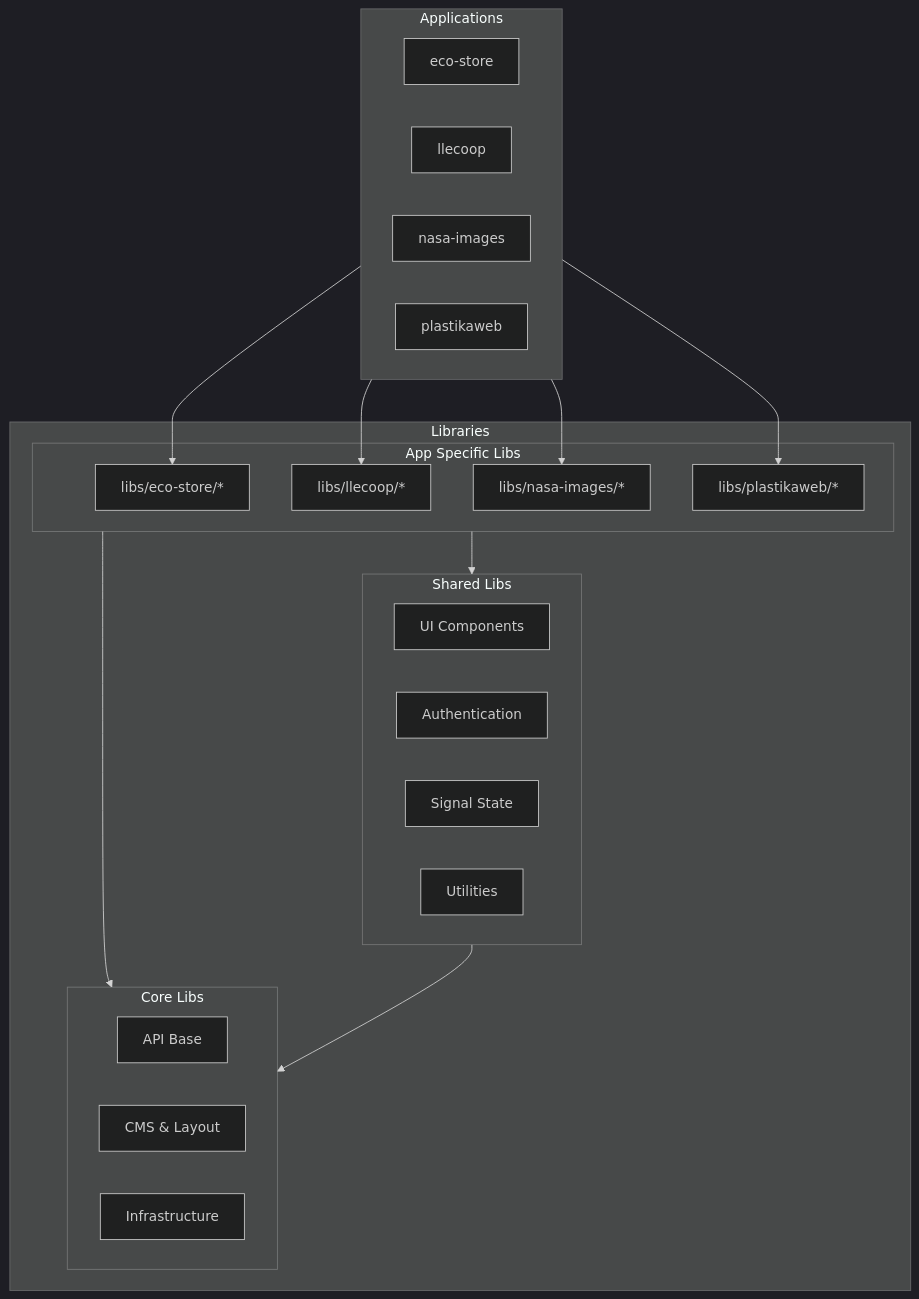
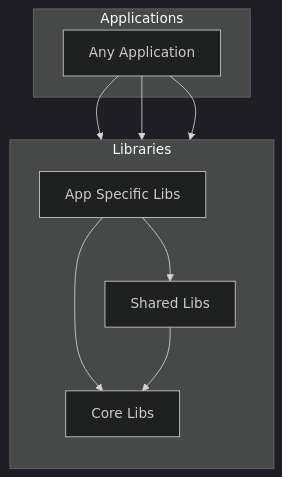
Before and after one commit to plastikaweb/plastikspace: the diagram in README.md, drawn with Mermaid (dark theme). The commit also changed other lines of this file, not shown here.

Commit message:
feat(eco-store): #868 enhance login page with tenant branding and scroll management
Refactor EcoStoreLayoutService to entities library and implement 'bodyScrollable' route data.
Improve login page UI to display tenant logo, name and slogan.
Move getEnvironment helper to core environments library.
Update translations and styles for better UX.
Fix unit tests using shared tenant store mock.
Update README with generic library diagram and restored core references.

ISSUES CLOSED: #868

````diff
--- a/README.md
+++ b/README.md
@@ -52,41 +52,21 @@
 ```mermaid
 graph TD
     subgraph Applications
-        direction LR
-        EcoStore[eco-store]
-        Llecoop[llecoop]
-        NasaImages[nasa-images]
-        PlastikaWeb[plastikaweb]
+        Apps[Any Application]
     end
 
     subgraph Libraries
-        subgraph AppSpecific [App Specific Libs]
-            EcoLib[libs/eco-store/*]
-            LlecoopLib[libs/llecoop/*]
-            NasaLib[libs/nasa-images/*]
-            PlastikaLib[libs/plastikaweb/*]
-        end
-
-        subgraph SharedLib [Shared Libs]
-            UI[UI Components]
-            Auth[Authentication]
-            State[Signal State]
-            Utils[Utilities]
-        end
-
-        subgraph CoreLib [Core Libs]
-            API[API Base]
-            Layout[CMS & Layout]
-            Infra[Infrastructure]
-        end
+        direction TB
+        AppSpecific[App Specific Libs]
+        Shared[Shared Libs]
+        Core[Core Libs]
     end
 
-    EcoStore --> EcoLib
-    Llecoop --> LlecoopLib
-    NasaImages --> NasaLib
-    PlastikaWeb --> PlastikaLib
+    Apps --> AppSpecific
+    Apps --> Shared
+    Apps --> Core
 
-    AppSpecific --> SharedLib
-    AppSpecific --> CoreLib
-    SharedLib --> CoreLib
+    AppSpecific --> Shared
+    AppSpecific --> Core
+    Shared --> Core
 ```
````
